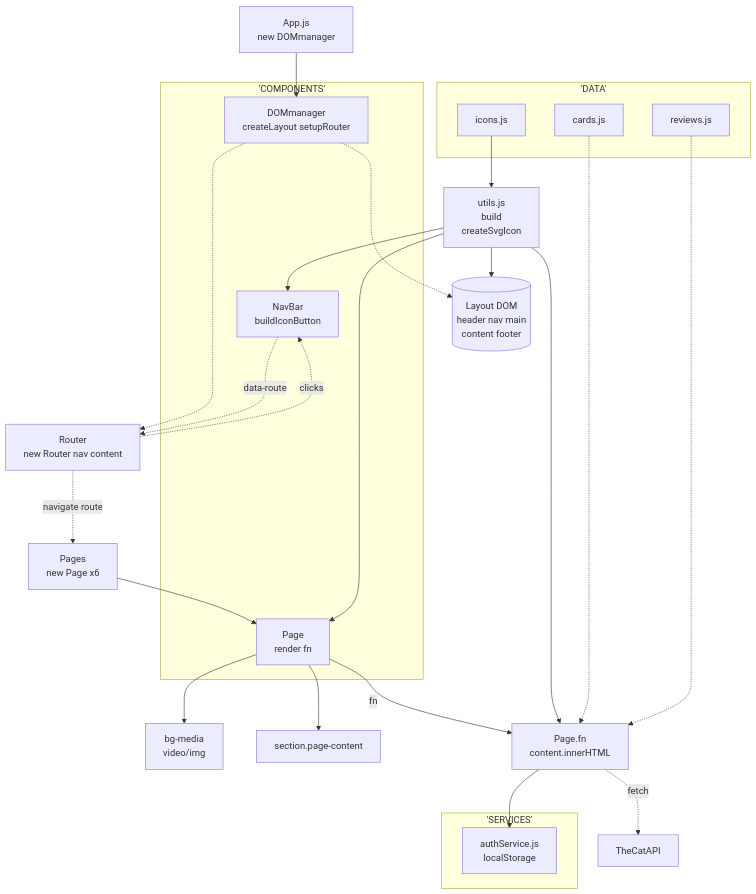
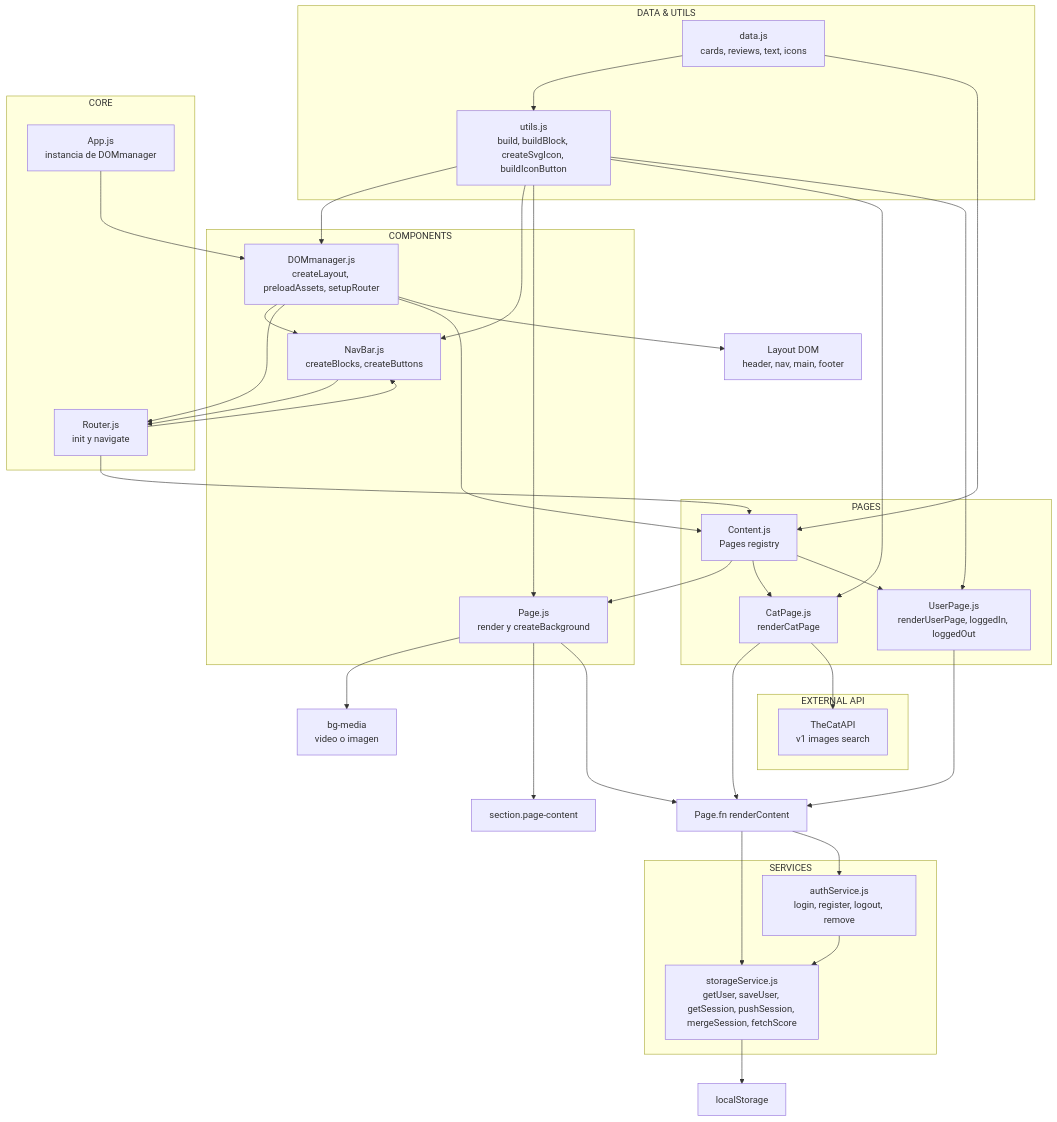
The diagram in docs/component architecture diagram.mmd (r3dc0m/la-pagina-hueb), drawn with Mermaid before and after one commit. The commit also changed 3 other files, not shown here.

Commit message:
0412.1935 README.md -> content update component architecture diagram.mmd -> diagram update Technical Documentation.md -> Included in docs/

```diff
--- a/docs/component architecture diagram.mmd
+++ b/docs/component architecture diagram.mmd
@@ -1,45 +1,68 @@
 graph TB
-    subgraph 'DATA'
-        Icons[icons.js]
-        Cards[cards.js]
-        Reviews[reviews.js]
+    subgraph "DATA & UTILS"
+        DataJS[data.js<br/>cards, reviews, text, icons]
+        Utils[utils.js<br/>build, buildBlock, createSvgIcon, buildIconButton]
     end
-    
-    subgraph 'SERVICES'
-        Auth[authService.js<br/>localStorage]
+
+    subgraph "SERVICES"
+        Storage[storageService.js<br/>getUser, saveUser, getSession, pushSession, mergeSession, fetchScore]
+        Auth[authService.js<br/>login, register, logout, remove]
     end
-    
-    subgraph 'COMPONENTS'
-        DOMmgr[DOMmanager<br/>createLayout setupRouter]
-        NavBar[NavBar<br/>buildIconButton]
-        Page[Page<br/>render fn]
+
+    subgraph "CORE"
+        App[App.js<br/>instancia de DOMmanager]
+        Router[Router.js<br/>init y navigate]
     end
-    
-    App[App.js<br/>new DOMmanager] 
-    
+
+    subgraph "COMPONENTS"
+        DOMmgr[DOMmanager.js<br/>createLayout, preloadAssets, setupRouter]
+        NavBar[NavBar.js<br/>createBlocks, createButtons]
+        Page[Page.js<br/>render y createBackground]
+    end
+
+    subgraph "PAGES"
+        Pages[Content.js<br/>Pages registry]
+        CatPage[CatPage.js<br/>renderCatPage]
+        UserPage[UserPage.js<br/>renderUserPage, loggedIn, loggedOut]
+    end
+
+    subgraph "EXTERNAL API"
+        CatAPI[TheCatAPI<br/>v1 images search]
+    end
+
     App --> DOMmgr
-    DOMmgr -..-> Layout[(Layout DOM<br/>header nav main<br/>content footer)]
-    DOMmgr -....-> R1[Router<br/>new Router nav content]
-    
-    R1 -..->|navigate route| Pages[Pages<br/>new Page x6]
-    R1 -.->|clicks| NavBar
-    
-    NavBar -..->|data-route| R1
-    
+    DOMmgr --> NavBar
+    DOMmgr --> Router
+    DOMmgr --> Pages
+    DOMmgr --> Layout[Layout DOM<br/>header, nav, main, footer]
+
+    Router --> Pages
+    Router --> NavBar
+    NavBar --> Router
+
     Pages --> Page
-    
-    Page --> B1[bg-media<br/>video/img]
-    Page --> PC[section.page-content]
-    Page -->|fn| PF[Page.fn<br/>content.innerHTML]
-    
+    Pages --> CatPage
+    Pages --> UserPage
+
+    Page --> BG[bg-media<br/>video o imagen]
+    Page ---> PC[section.page-content]
+    Page ---> PF[Page.fn renderContent]
+
+    CatPage --> PF
+    UserPage --> PF
+
+    PF --> Storage
     PF --> Auth
-    PF -.->|fetch| CatAPI[TheCatAPI]
-    
-    Utils[utils.js<br/>build<br/>createSvgIcon] --> Layout
+    Auth --> Storage
+    Storage --> Browser[localStorage]
+
+    CatPage --> CatAPI
+
+    Utils --> DOMmgr
     Utils --> NavBar
     Utils --> Page
-    Utils --> PF
-    
-    Icons --> Utils
-    Cards -.-> PF
-    Reviews -.-> PF
+    Utils --> CatPage
+    Utils --> UserPage
+
+    DataJS --> Utils
+    DataJS --> Pages
```
